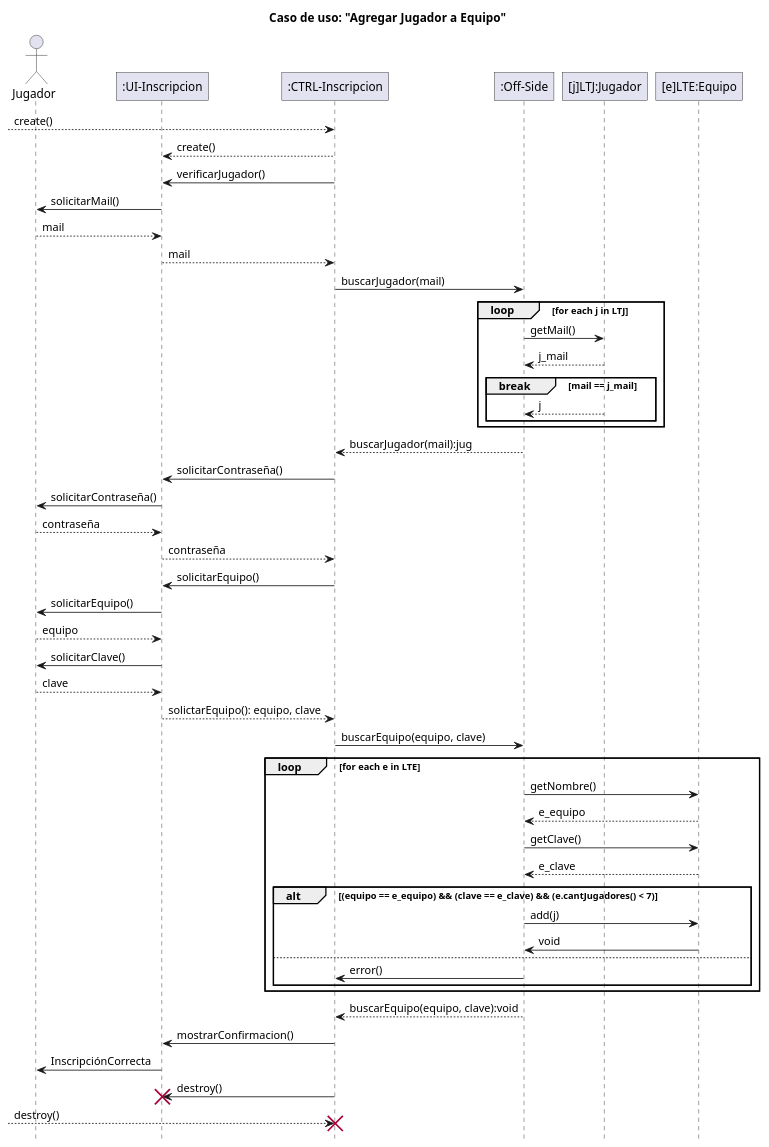
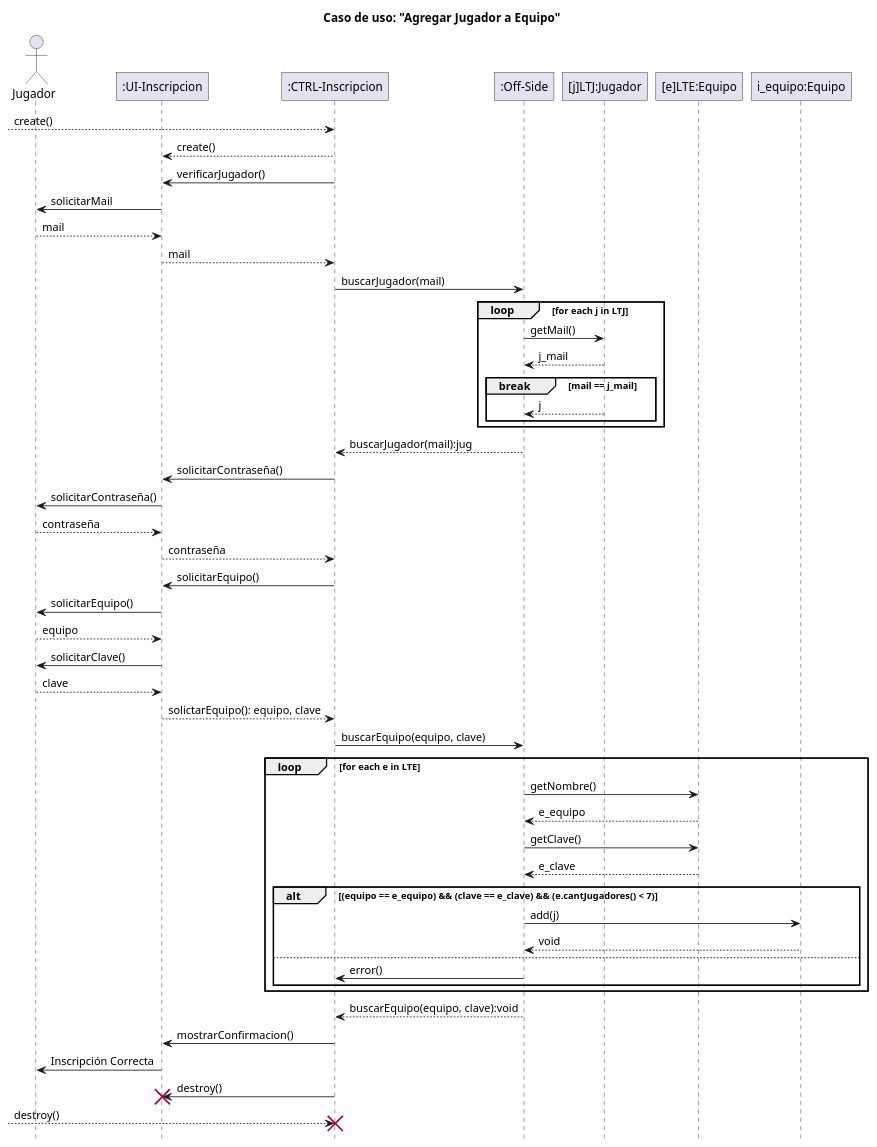
Before and after one commit to Z0SO/UML-Practice: the second of 2 diagrams in Modelos parciales/modelo 2.md, drawn with PlantUML. The commit also changed 2 other files, not shown here.

Commit message:
Z0SO bkp -> 2024-07-03 16:57:53

```diff
--- a/Modelos parciales/modelo 2.md
+++ b/Modelos parciales/modelo 2.md
@@ -150,6 +150,7 @@
 
 participant "[e]LTE:Equipo" as e
 
+participant "i_equipo:Equipo" as equipo
 
 ' participant ":CTRL-autenticacion" as auth
 
@@ -157,7 +158,7 @@
 controlador --> ui : create()
 
 controlador -> ui : verificarJugador()
-ui -> jugador : solicitarMail()
+ui -> jugador : solicitarMail
 jugador --> ui : mail
 
 
@@ -206,8 +207,8 @@
 
     ' si coniciden los nombres se tendria que agregar al equipo el jugador
     alt (equipo == e_equipo) && (clave == e_clave) && (e.cantJugadores() < 7)
-        sistema -> e : add(j)
-        e -> sistema : void
+        sistema -> equipo : add(j)
+        equipo --> sistema : void
     else
         sistema -> controlador : error()
     end
@@ -216,7 +217,7 @@
 sistema --> controlador : buscarEquipo(equipo, clave):void
 
 controlador -> ui : mostrarConfirmacion()
-ui -> jugador : InscripciónCorrecta
+ui -> jugador : Inscripción Correcta
 
 ' destroy desde controlador a la ui
 controlador -> ui : destroy()
```
